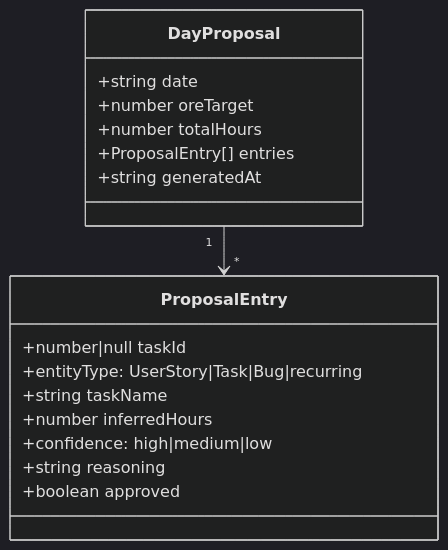
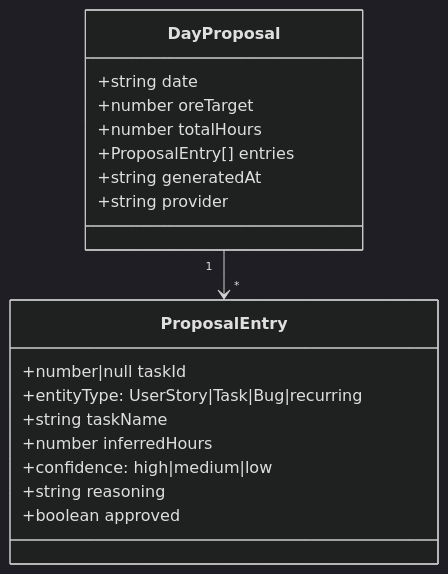
The fifth of 8 diagrams in FUNCTIONAL.md (shinjigi/my_ms_graph_api_collector), drawn with Mermaid (dark theme) before and after one commit. The commit also changed other lines of this file and 12 other files, not shown here.

````diff
--- a/FUNCTIONAL.md
+++ b/FUNCTIONAL.md
@@ -146,20 +147,21 @@
 ```mermaid
 classDiagram
     class DayProposal {
         +string date
         +number oreTarget
         +number totalHours
         +ProposalEntry[] entries
         +string generatedAt
+        +string provider
     }
     class ProposalEntry {
         +number|null taskId
         +entityType: UserStory|Task|Bug|recurring
         +string taskName
         +number inferredHours
         +confidence: high|medium|low
         +string reasoning
         +boolean approved
     }
     DayProposal "1" --> "*" ProposalEntry
 ```
````
